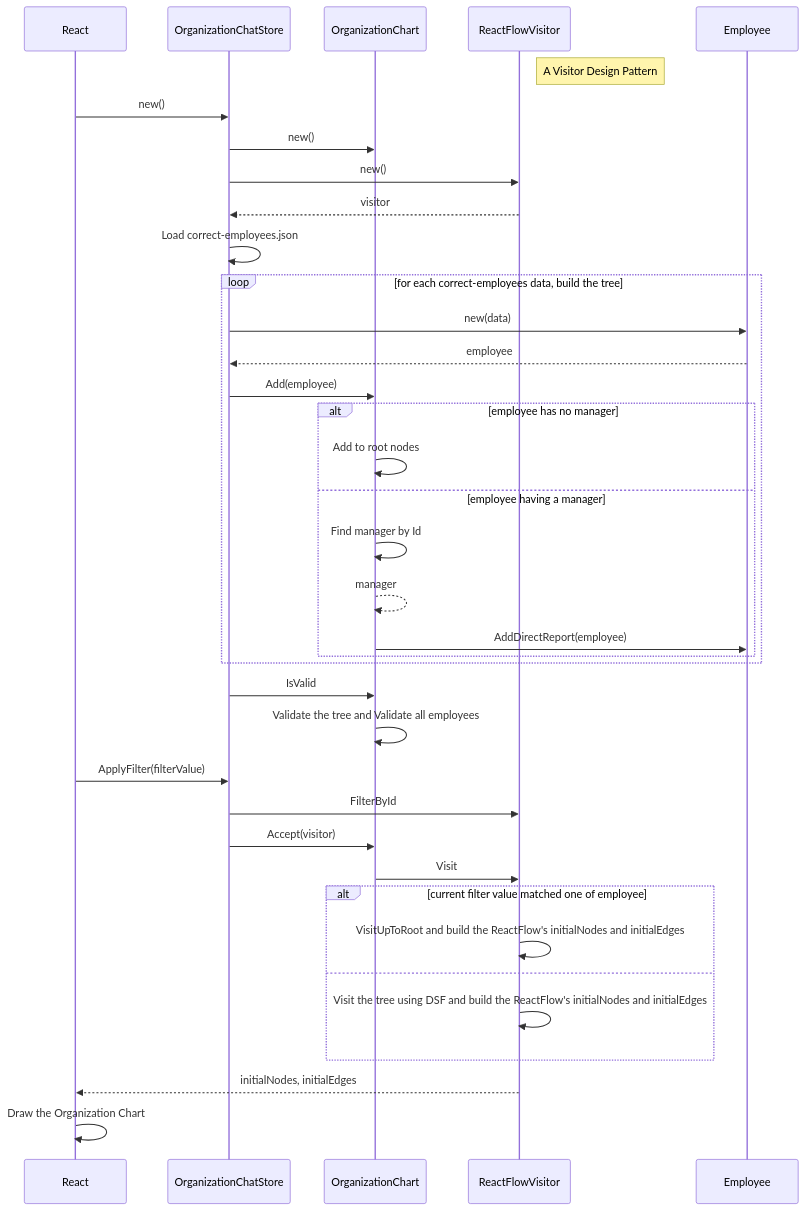
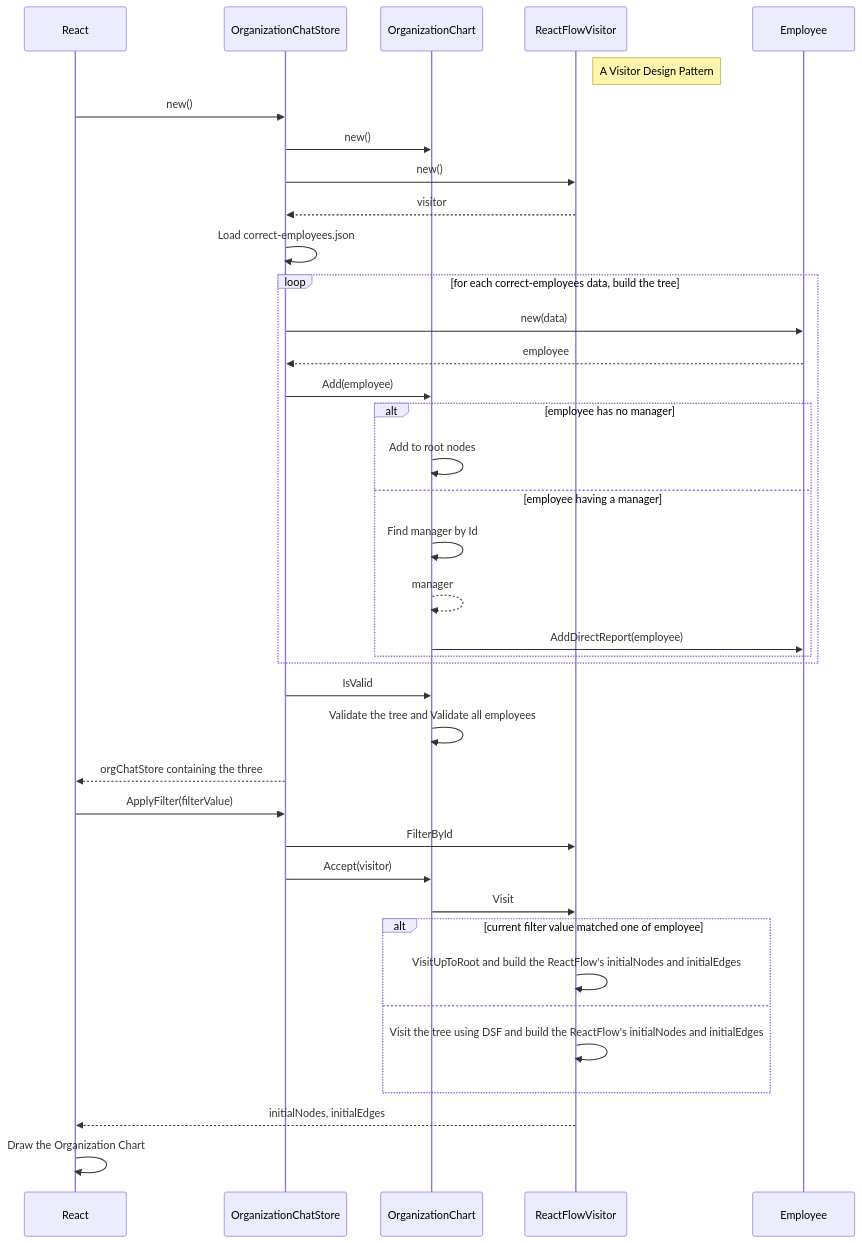
The second of 2 diagrams in README.md (irwansyahwii/ecare-test), drawn with Mermaid before and after one commit.

Commit message:
chore: add more details to sequence diagram

````diff
--- a/README.md
+++ b/README.md
@@ -61,43 +61,45 @@
 ```mermaid
 sequenceDiagram
 
 participant React
 participant OrganizationChatStore
 participant OrganizationChart
 participant ReactFlowVisitor
 Note right of ReactFlowVisitor: A Visitor Design Pattern
 
 React ->> OrganizationChatStore: new()
 OrganizationChatStore ->> OrganizationChart: new()
 OrganizationChatStore ->> ReactFlowVisitor: new()
 ReactFlowVisitor -->> OrganizationChatStore: visitor
 OrganizationChatStore ->> OrganizationChatStore: Load correct-employees.json
 loop for each correct-employees data, build the tree
    OrganizationChatStore ->> Employee: new(data)
    Employee -->> OrganizationChatStore: employee
    OrganizationChatStore ->> OrganizationChart: Add(employee)
    alt employee has no manager
       OrganizationChart ->> OrganizationChart: Add to root nodes
    else employee having a manager
       OrganizationChart ->> OrganizationChart: Find manager by Id
       OrganizationChart -->> OrganizationChart: manager
       OrganizationChart ->> Employee: AddDirectReport(employee)
    end
 end
 OrganizationChatStore ->> OrganizationChart: IsValid
 OrganizationChart ->> OrganizationChart: Validate the tree and Validate all employees
 
+OrganizationChatStore -->> React: orgChatStore containing the three
+
 React ->> OrganizationChatStore: ApplyFilter(filterValue)
 OrganizationChatStore ->> ReactFlowVisitor: FilterById
 OrganizationChatStore ->> OrganizationChart: Accept(visitor)
 OrganizationChart ->> ReactFlowVisitor: Visit
 alt current filter value matched one of employee
    ReactFlowVisitor ->> ReactFlowVisitor: VisitUpToRoot and build the ReactFlow's initialNodes and initialEdges
 else
    ReactFlowVisitor ->> ReactFlowVisitor: Visit the tree using DSF and build the ReactFlow's initialNodes and initialEdges
 end
 ReactFlowVisitor -->> React: initialNodes, initialEdges
 
 React ->> React: Draw the Organization Chart
 
 ```
````
